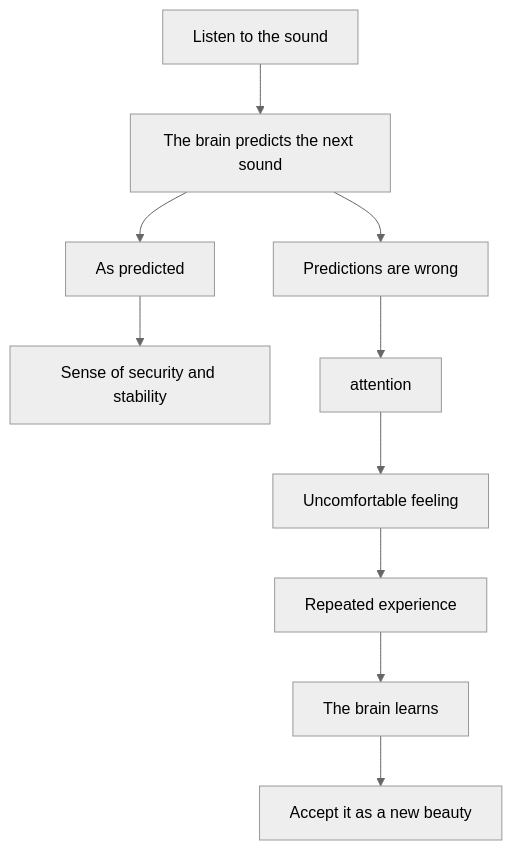
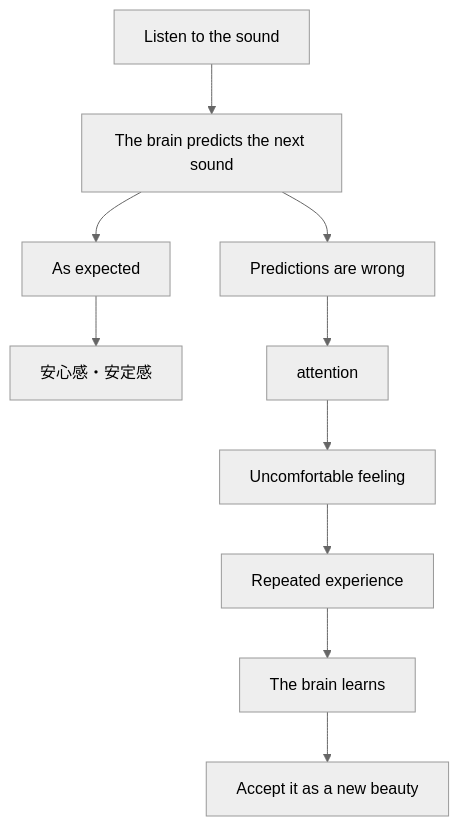
Before and after one commit to monumental-movement/monumental-movement.github.io: the second of 3 diagrams in en/_posts/2026-07-11-column-microtonality-as-emotional-disruption.md, drawn with Mermaid (neutral theme). The commit also changed other lines of this file and 1012 other files, not shown here.

```diff
--- a/en/_posts/2026-07-11-column-microtonality-as-emotional-disruption.md
+++ b/en/_posts/2026-07-11-column-microtonality-as-emotional-disruption.md
@@ -665,15 +665,15 @@
 <div class="mermaid">
 flowchart TD
 
 A["Listen to the sound"] --> B["The brain predicts the next sound"]
-B --> C["As predicted"]
+B --> C["As expected"]
 B --> D["Predictions are wrong"]
 
-C --> E["Sense of security and stability"]
+C --> E["安心感・安定感"]
 
 D --> F["attention"]
 F --> G["Uncomfortable feeling"]
 G --> H["Repeated experience"]
 H --> I["The brain learns"]
 I --> J["Accept it as a new beauty"]
 </div>
```
